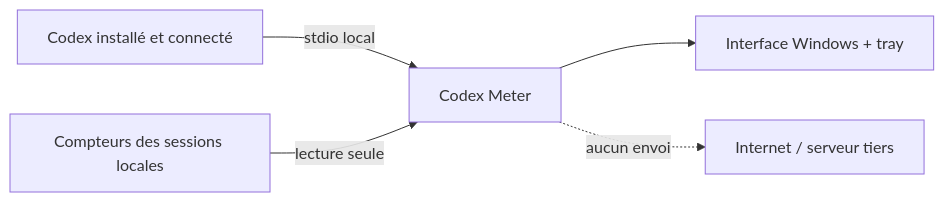
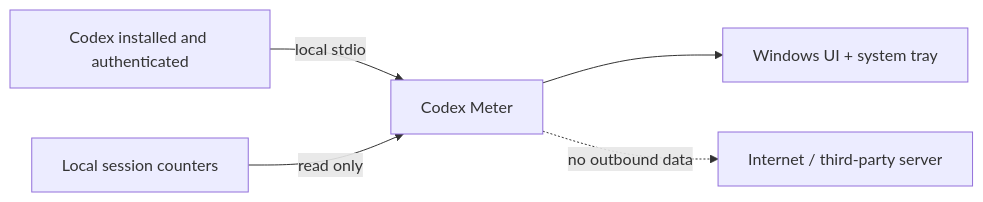
The diagram in README.md (Ayoshy/Codex-Meter), drawn with Mermaid before and after one commit. The commit also changed other lines of this file and 1 other file, not shown here.

````diff
--- a/README.md
+++ b/README.md
@@ -66,7 +68,7 @@
 ```mermaid
 flowchart LR
-    A["Codex installé et connecté"] -->|stdio local| B["Codex Meter"]
-    C["Compteurs des sessions locales"] -->|lecture seule| B
-    B --> D["Interface Windows + tray"]
-    B -. "aucun envoi" .-> E["Internet / serveur tiers"]
+    A["Codex installed and authenticated"] -->|local stdio| B["Codex Meter"]
+    C["Local session counters"] -->|read only| B
+    B --> D["Windows UI + system tray"]
+    B -. "no outbound data" .-> E["Internet / third-party server"]
 ```
````
